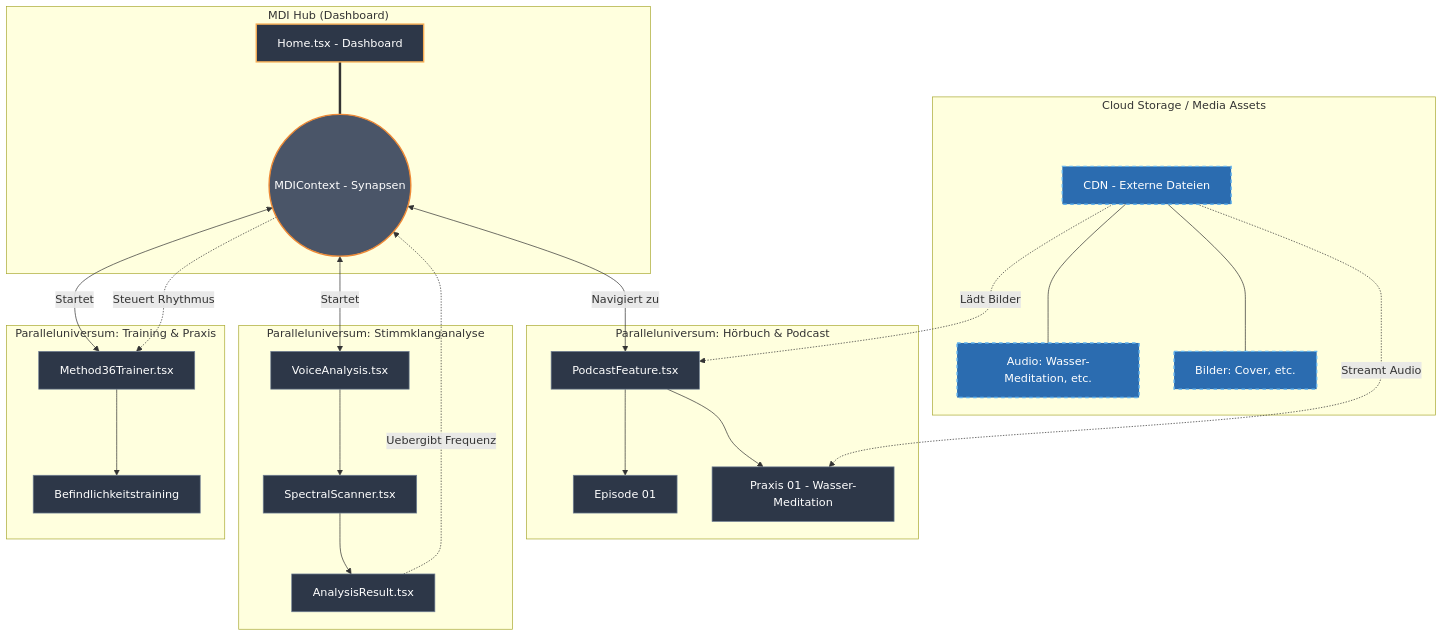
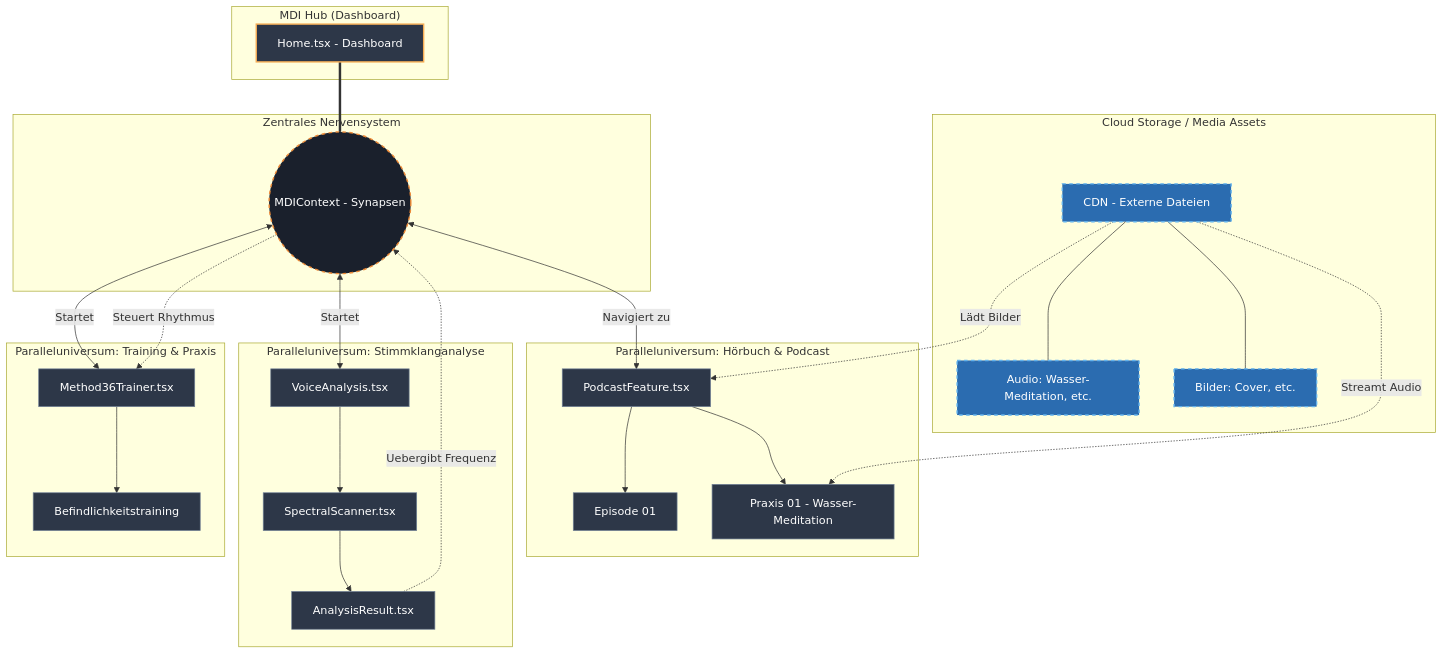
The diagram in mdi-architecture.mmd (thomas-kiich/mdi-app), drawn with Mermaid before and after one commit. The commit also changed 6 other files, not shown here.

```diff
--- a/mdi-architecture.mmd
+++ b/mdi-architecture.mmd
@@ -1,61 +1,66 @@
 graph TD
     subgraph "Cloud Storage / Media Assets"
         Cloud[CDN - Externe Dateien]
         Audio[Audio: Wasser-Meditation, etc.]
         Images[Bilder: Cover, etc.]
         Cloud --- Audio
         Cloud --- Images
     end
 
     subgraph "MDI Hub (Dashboard)"
         Hub[Home.tsx - Dashboard]
+    end
+
+    subgraph "Zentrales Nervensystem"
         Context((MDIContext - Synapsen))
     end
 
     subgraph "Paralleluniversum: Hörbuch & Podcast"
         Podcast[PodcastFeature.tsx]
         Episode1[Episode 01]
         Praxis1[Praxis 01 - Wasser-Meditation]
         Podcast --> Episode1
         Podcast --> Praxis1
     end
 
     subgraph "Paralleluniversum: Stimmklanganalyse"
         Analysis[VoiceAnalysis.tsx]
         Scanner[SpectralScanner.tsx]
         Result[AnalysisResult.tsx]
         Analysis --> Scanner
         Scanner --> Result
     end
 
     subgraph "Paralleluniversum: Training & Praxis"
         Training[Method36Trainer.tsx]
         Befindlichkeit[Befindlichkeitstraining]
         Training --> Befindlichkeit
     end
 
     %% Cloud Verbindungen
     Cloud -.->|Streamt Audio| Praxis1
     Cloud -.->|Lädt Bilder| Podcast
     
     %% Verbindungen (Synapsen)
     Hub === Context
     
     Context <-->|Navigiert zu| Podcast
     Context <-->|Startet| Analysis
     Context <-->|Startet| Training
 
     %% Datenfluss
     Result -.->|Uebergibt Frequenz| Context
     Context -.->|Steuert Rhythmus| Training
 
     classDef hub fill:#2d3748,stroke:#f6ad55,stroke-width:2px,color:#fff;
     classDef context fill:#4a5568,stroke:#ed8936,stroke-width:2px,color:#fff,shape:circle;
     classDef universe fill:#1a202c,stroke:#4a5568,stroke-width:1px,color:#e2e8f0;
     classDef node fill:#2d3748,stroke:#718096,stroke-width:1px,color:#fff;
 
     class Hub hub;
     class Context context;
+    classDef nervousSystem fill:#1a202c,stroke:#ed8936,stroke-width:2px,stroke-dasharray: 5 5;
+    class Context nervousSystem;
     class Podcast,Analysis,Training,Scanner,Result,Episode1,Praxis1,Befindlichkeit node;
     classDef cloud fill:#2b6cb0,stroke:#63b3ed,stroke-width:2px,color:#fff,stroke-dasharray: 5 5;
     class Cloud,Audio,Images cloud;
```
